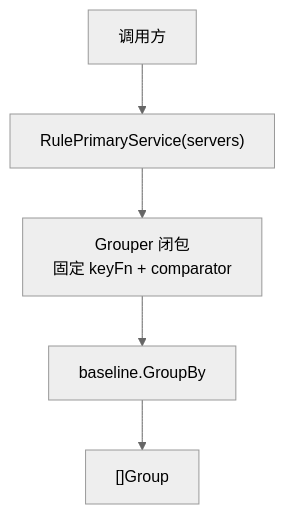
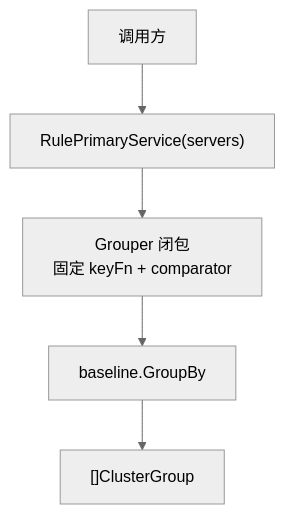
One commit to musicalzhu/dashboardService changed the diagram in closure/README.md. Above: the diagram before and after it, drawn with Mermaid (neutral theme). The commit also changed other lines of this file and 27 other files, not shown here.

````diff
--- a/closure/README.md
+++ b/closure/README.md
@@ -18,7 +18,7 @@
 ```mermaid
 flowchart TD
     Caller["调用方"] --> Rule["RulePrimaryService(servers)"]
     Rule --> Closure["Grouper 闭包<br/>固定 keyFn + comparator"]
     Closure --> Core["baseline.GroupBy"]
-    Core --> Result["[]Group"]
+    Core --> Result["[]ClusterGroup"]
 ```
````
